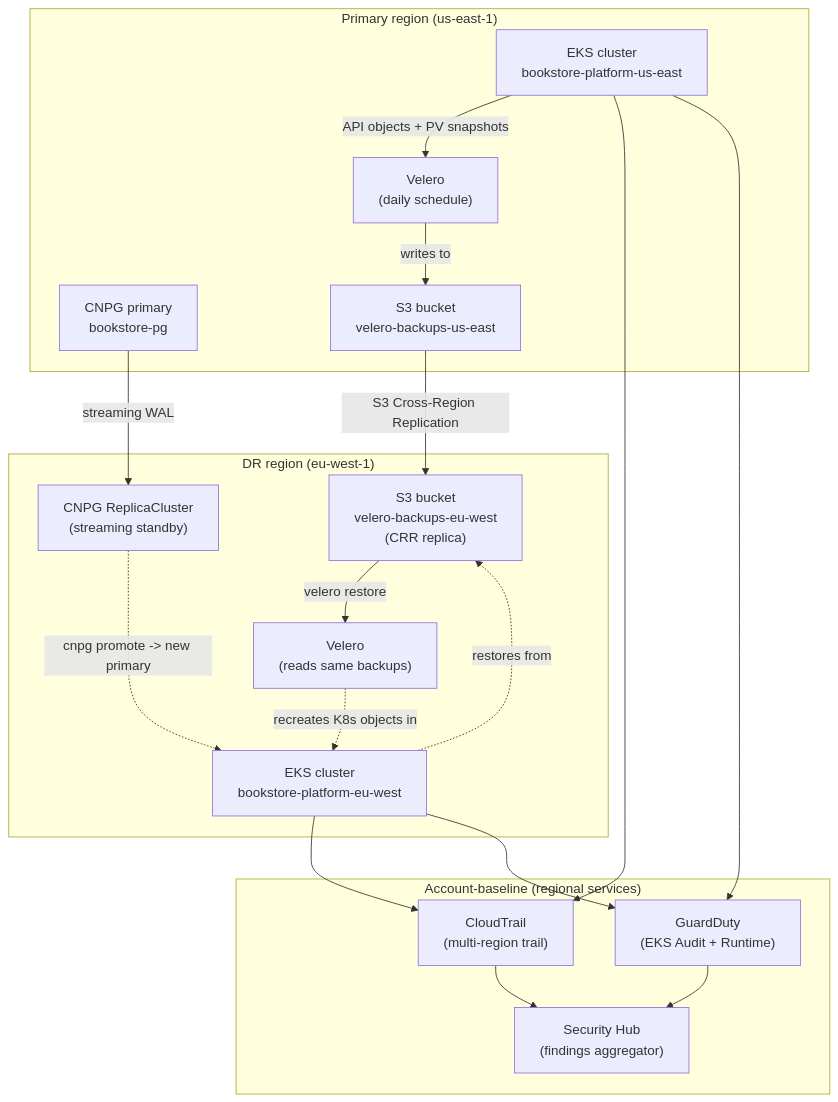
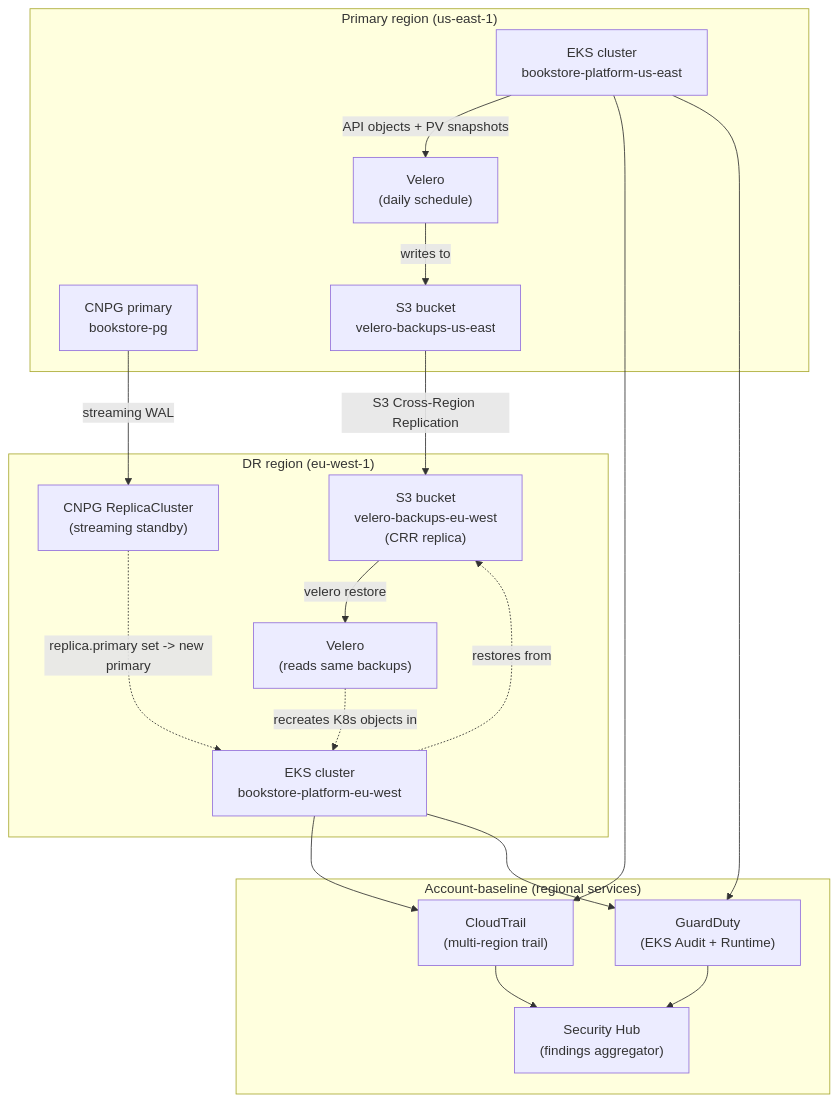
One commit to abd-ulbasit/bookstore-kubernetes-guide changed the diagram in full-guide/14-eks-in-production-a-to-z/17-cross-region-dr-account-baseline-90-day-runbook.md. Above: the diagram before and after it, drawn with Mermaid. The commit also changed other lines of this file, not shown here.

````diff
--- a/full-guide/14-eks-in-production-a-to-z/17-cross-region-dr-account-baseline-90-day-runbook.md
+++ b/full-guide/14-eks-in-production-a-to-z/17-cross-region-dr-account-baseline-90-day-runbook.md
@@ -198,36 +228,36 @@
 ```mermaid
 flowchart TB
     subgraph primary["Primary region (us-east-1)"]
         cluster_a["EKS cluster<br/>bookstore-platform-us-east"]
         cnpg_a["CNPG primary<br/>bookstore-pg"]
         velero_a["Velero<br/>(daily schedule)"]
         s3_a["S3 bucket<br/>velero-backups-us-east"]
     end
     subgraph dr["DR region (eu-west-1)"]
         cluster_b["EKS cluster<br/>bookstore-platform-eu-west"]
         cnpg_b["CNPG ReplicaCluster<br/>(streaming standby)"]
         velero_b["Velero<br/>(reads same backups)"]
         s3_b["S3 bucket<br/>velero-backups-eu-west<br/>(CRR replica)"]
     end
     subgraph control["Account-baseline (regional services)"]
         ct["CloudTrail<br/>(multi-region trail)"]
         gd["GuardDuty<br/>(EKS Audit + Runtime)"]
         hub["Security Hub<br/>(findings aggregator)"]
     end
 
     cluster_a -->|"API objects + PV snapshots"| velero_a
     velero_a -->|"writes to"| s3_a
     s3_a -->|"S3 Cross-Region Replication"| s3_b
     cnpg_a -->|"streaming WAL"| cnpg_b
     cluster_b -.->|"restores from"| s3_b
     s3_b -->|"velero restore"| velero_b
     velero_b -.->|"recreates K8s objects in"| cluster_b
-    cnpg_b -.->|"cnpg promote -> new primary"| cluster_b
+    cnpg_b -.->|"replica.primary set -> new primary"| cluster_b
 
     cluster_a --> ct
     cluster_b --> ct
     cluster_a --> gd
     cluster_b --> gd
     gd --> hub
     ct --> hub
 ```
````
